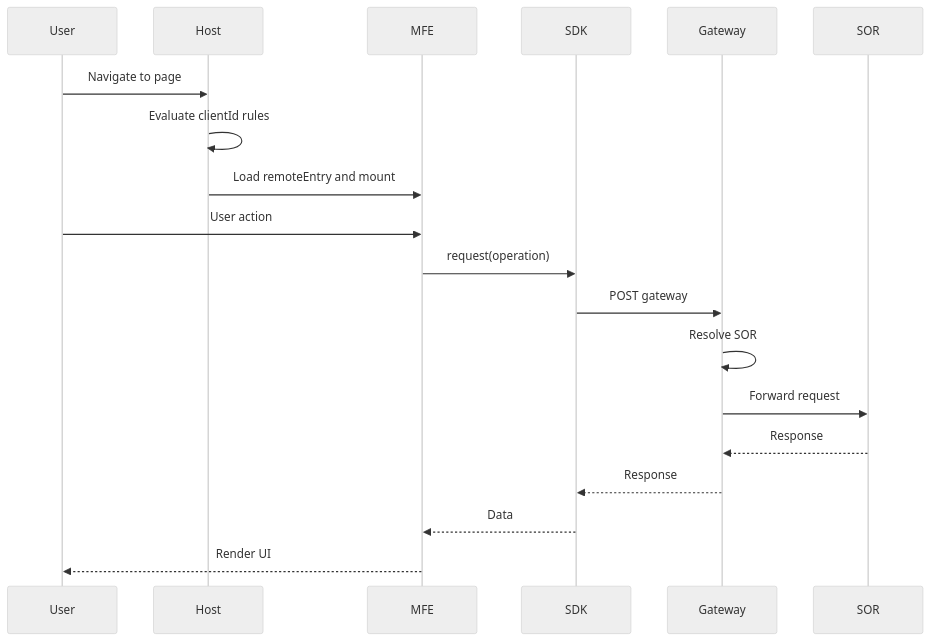
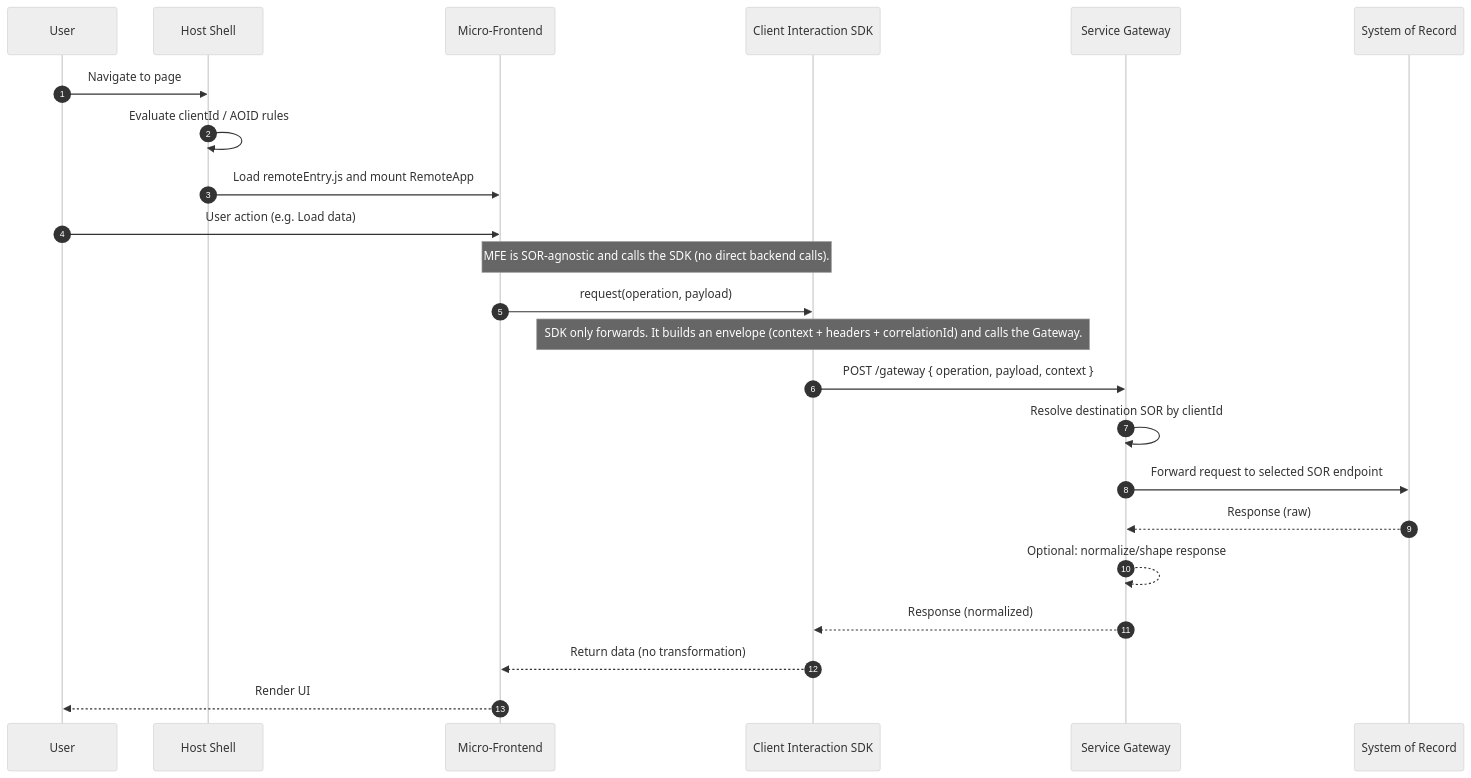
One commit to davidpintos/mfe-lab changed the second of 2 diagrams in README.md. Above: the diagram before and after it, drawn with Mermaid (neutral theme). The commit also changed other lines of this file and 24 other files, not shown here.

````diff
--- a/README.md
+++ b/README.md
@@ -29,23 +99,30 @@
 ```mermaid
 sequenceDiagram
+  autonumber
   participant User
-  participant Host
-  participant MFE
-  participant SDK
-  participant Gateway
-  participant SOR
+  participant Host as Host Shell
+  participant MFE as Micro-Frontend
+  participant SDK as Client Interaction SDK
+  participant GW as Service Gateway
+  participant SOR as System of Record
 
   User->>Host: Navigate to page
-  Host->>Host: Evaluate clientId rules
-  Host->>MFE: Load remoteEntry and mount
+  Host->>Host: Evaluate clientId / AOID rules
+  Host->>MFE: Load remoteEntry.js and mount RemoteApp
 
-  User->>MFE: User action
-  MFE->>SDK: request(operation)
-  SDK->>Gateway: POST gateway
-  Gateway->>Gateway: Resolve SOR
-  Gateway->>SOR: Forward request
-  SOR-->>Gateway: Response
-  Gateway-->>SDK: Response
-  SDK-->>MFE: Data
+  User->>MFE: User action (e.g. Load data)
+
+  Note over MFE,SDK: MFE is SOR-agnostic and calls the SDK (no direct backend calls).
+  MFE->>SDK: request(operation, payload)
+
+  Note over SDK: SDK only forwards. It builds an envelope (context + headers + correlationId) and calls the Gateway.
+  SDK->>GW: POST /gateway { operation, payload, context }
+
+  GW->>GW: Resolve destination SOR by clientId
+  GW->>SOR: Forward request to selected SOR endpoint
+  SOR-->>GW: Response (raw)
+  GW-->>GW: Optional: normalize/shape response
+  GW-->>SDK: Response (normalized)
+  SDK-->>MFE: Return data (no transformation)
   MFE-->>User: Render UI
 ```
````
